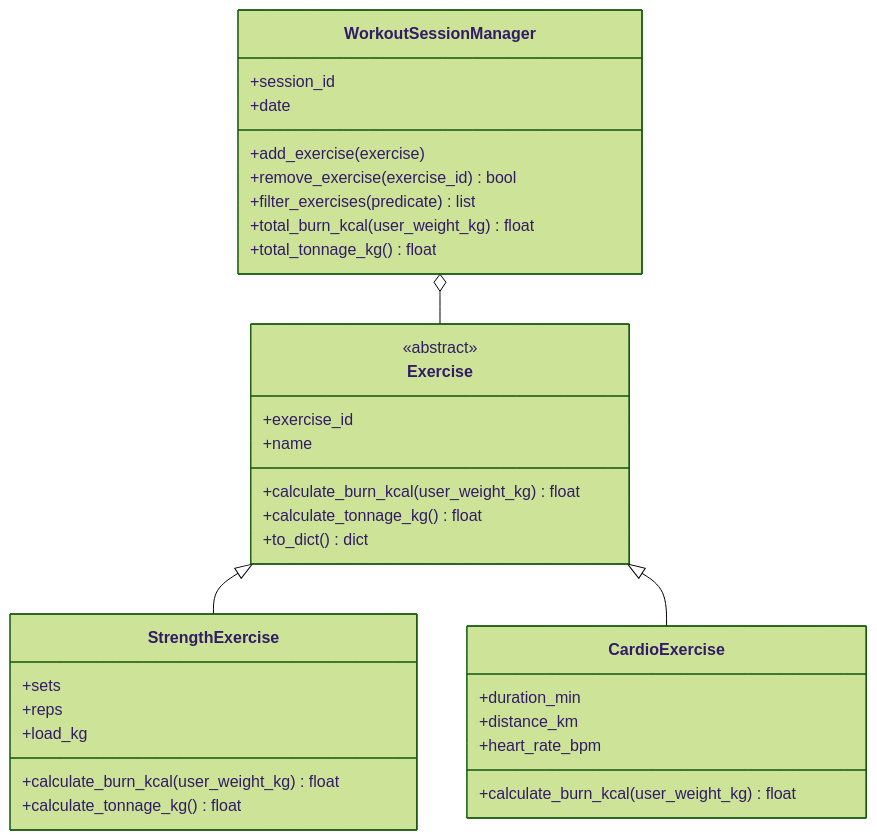
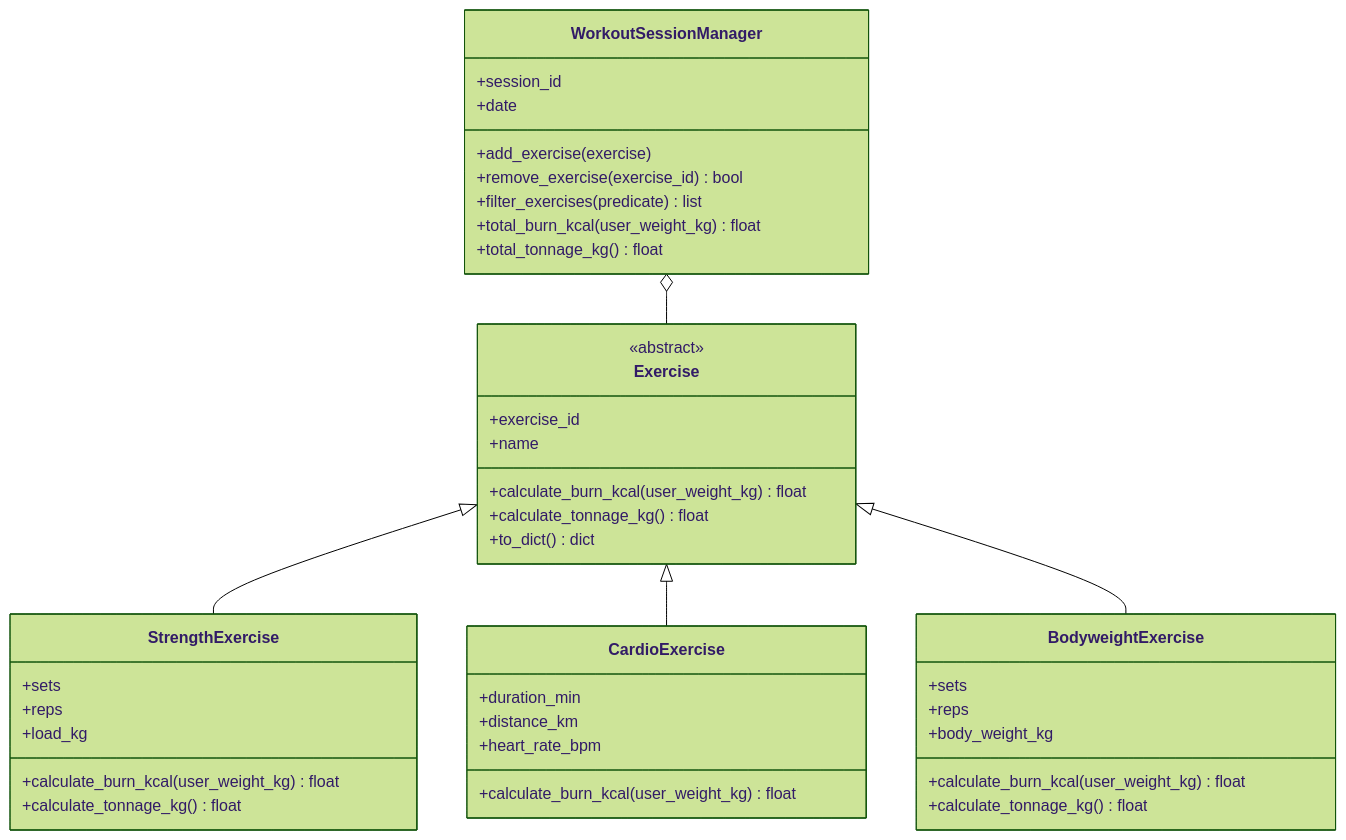
The diagram in src/SPRAWOZDANIE.md (dawidsalek6/Projekt1), drawn with Mermaid (forest theme) before and after one commit. The commit also changed other lines of this file and 2 other files, not shown here.

````diff
--- a/src/SPRAWOZDANIE.md
+++ b/src/SPRAWOZDANIE.md
@@ -22,36 +22,44 @@
 ```mermaid
 classDiagram
     class Exercise {
         <<abstract>>
         +exercise_id
         +name
         +calculate_burn_kcal(user_weight_kg) float
         +calculate_tonnage_kg() float
         +to_dict() dict
     }
     class StrengthExercise {
         +sets
         +reps
         +load_kg
         +calculate_burn_kcal(user_weight_kg) float
         +calculate_tonnage_kg() float
     }
     class CardioExercise {
         +duration_min
         +distance_km
         +heart_rate_bpm
         +calculate_burn_kcal(user_weight_kg) float
     }
+    class BodyweightExercise {
+        +sets
+        +reps
+        +body_weight_kg
+        +calculate_burn_kcal(user_weight_kg) float
+        +calculate_tonnage_kg() float
+    }
     class WorkoutSessionManager {
         +session_id
         +date
         +add_exercise(exercise)
         +remove_exercise(exercise_id) bool
         +filter_exercises(predicate) list
         +total_burn_kcal(user_weight_kg) float
         +total_tonnage_kg() float
     }
     Exercise <|-- StrengthExercise
     Exercise <|-- CardioExercise
+    Exercise <|-- BodyweightExercise
     WorkoutSessionManager o-- Exercise
 ```
````
